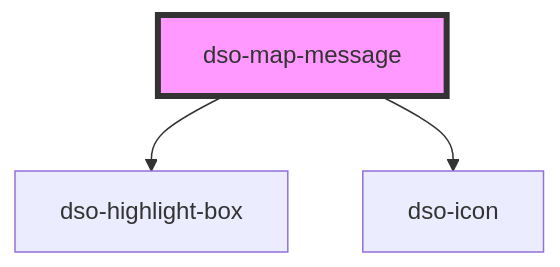
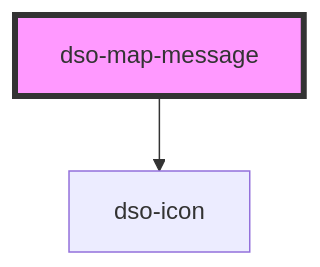
Before and after one commit to dso-toolkit/dso-toolkit: the diagram in packages/core/src/components/map-message/readme.md, drawn with Mermaid. The commit also changed other lines of this file and 10 other files, not shown here.

````diff
--- a/packages/core/src/components/map-message/readme.md
+++ b/packages/core/src/components/map-message/readme.md
@@ -31,6 +30,5 @@
 ```mermaid
 graph TD;
-  dso-map-message --> dso-highlight-box
   dso-map-message --> dso-icon
   style dso-map-message fill:#f9f,stroke:#333,stroke-width:4px
 ```
````
